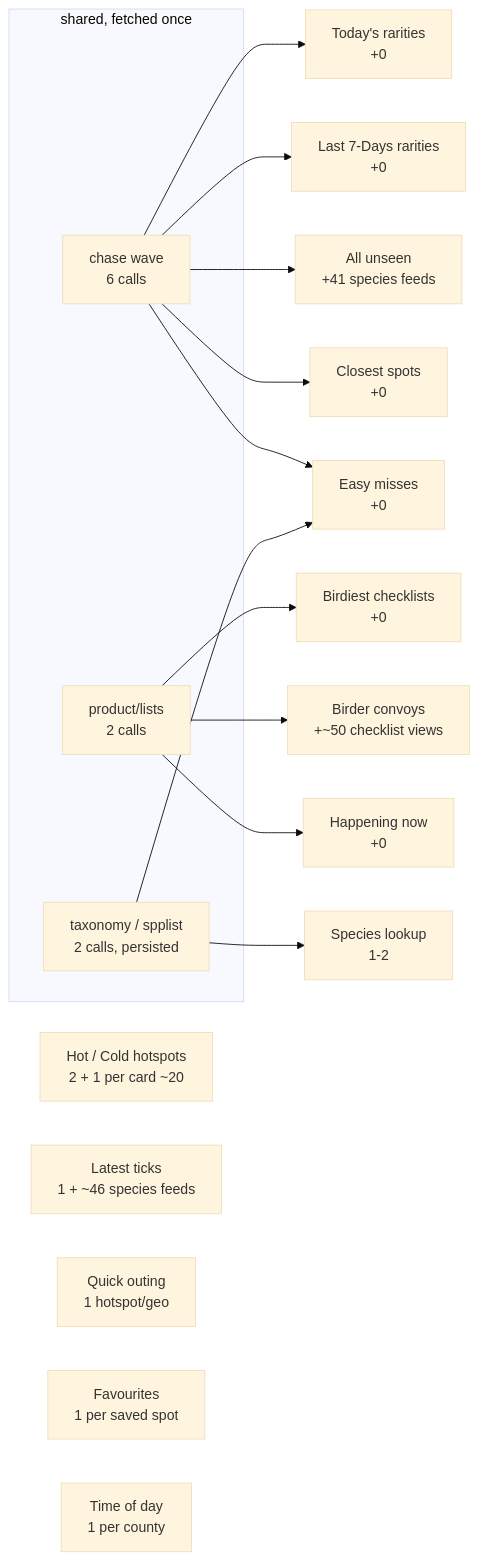
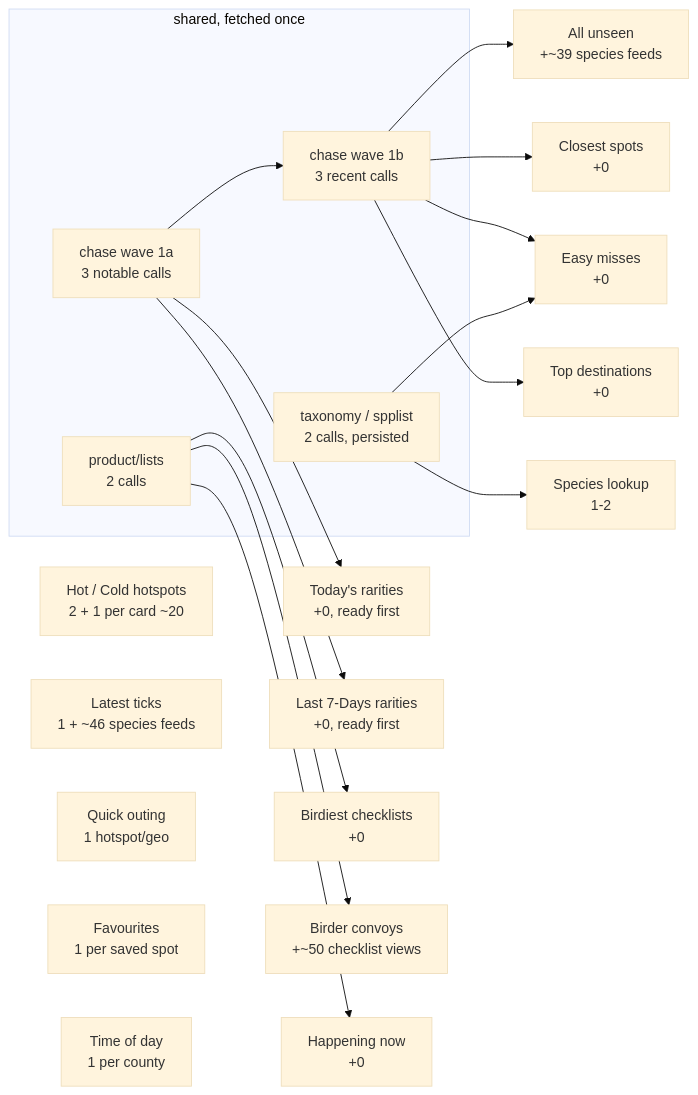
The diagram in docs/API-CALLS.md (WyattHoutz/birding-app), drawn with Mermaid (base theme) before and after one commit. The commit also changed other lines of this file and 4 other files, not shown here.

First line of the commit message:
v1.0.97 — the rarity feeds go first, and the wave stops being thrown away

````diff
--- a/docs/API-CALLS.md
+++ b/docs/API-CALLS.md
@@ -56,28 +56,31 @@
 ```mermaid
 graph LR
   subgraph SHARED["shared, fetched once"]
-    W["chase wave<br/>6 calls"]
+    W1["chase wave 1a<br/>3 notable calls"]
+    W2["chase wave 1b<br/>3 recent calls"]
     L["product/lists<br/>2 calls"]
     T["taxonomy / spplist<br/>2 calls, persisted"]
   end
 
-  W --> TODAY["Today's rarities<br/>+0"]
-  W --> RARE["Last 7-Days rarities<br/>+0"]
-  W --> UNSEEN["All unseen<br/>+41 species feeds"]
-  W --> CLOSEST["Closest spots<br/>+0"]
-  W --> EASY["Easy misses<br/>+0"]
+  W1 --> TODAY["Today's rarities<br/>+0, ready first"]
+  W1 --> RARE["Last 7-Days rarities<br/>+0, ready first"]
+  W1 --> W2
+  W2 --> UNSEEN["All unseen<br/>+~39 species feeds"]
+  W2 --> CLOSEST["Closest spots<br/>+0"]
+  W2 --> EASY["Easy misses<br/>+0"]
+  W2 --> DEST["Top destinations<br/>+0"]
 
   L --> BIRD["Birdiest checklists<br/>+0"]
   L --> CONV["Birder convoys<br/>+~50 checklist views"]
   L --> NOW["Happening now<br/>+0"]
 
   HOT["Hot / Cold hotspots<br/>2 + 1 per card ~20"]
   TICKS["Latest ticks<br/>1 + ~46 species feeds"]
   QUICK["Quick outing<br/>1 hotspot/geo"]
   LOOK["Species lookup<br/>1-2"]
   FAV["Favourites<br/>1 per saved spot"]
   TOD["Time of day<br/>1 per county"]
 
   T --> LOOK
   T --> EASY
 ```
````
